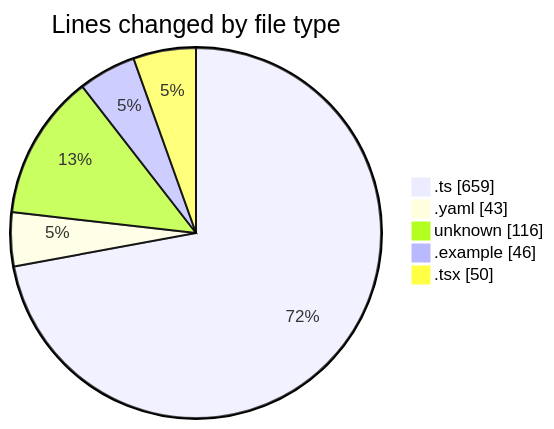
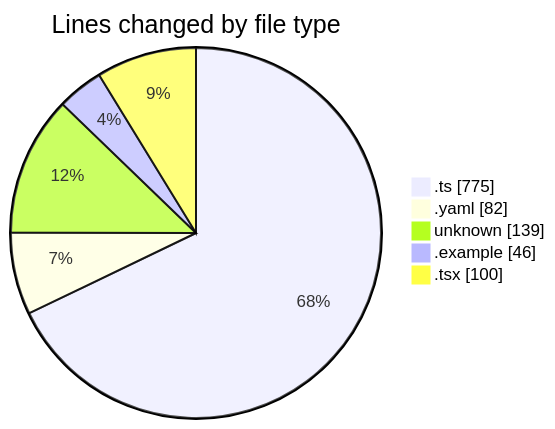
One commit to mevix1/code-tracking changed the first of 2 diagrams in 2025-10-01/open-health/README.md. Above: the diagram before and after it, drawn with Mermaid. The commit also changed other lines of this file and 1 other file, not shown here.

````diff
--- a/2025-10-01/open-health/README.md
+++ b/2025-10-01/open-health/README.md
@@ -29,9 +29,9 @@
 ```mermaid
 pie showData
 title Lines changed by file type
-".ts" : 659
-".yaml" : 43
-"unknown" : 116
+".ts" : 775
+".yaml" : 82
+"unknown" : 139
 ".example" : 46
-".tsx" : 50
+".tsx" : 100
 ```
````
